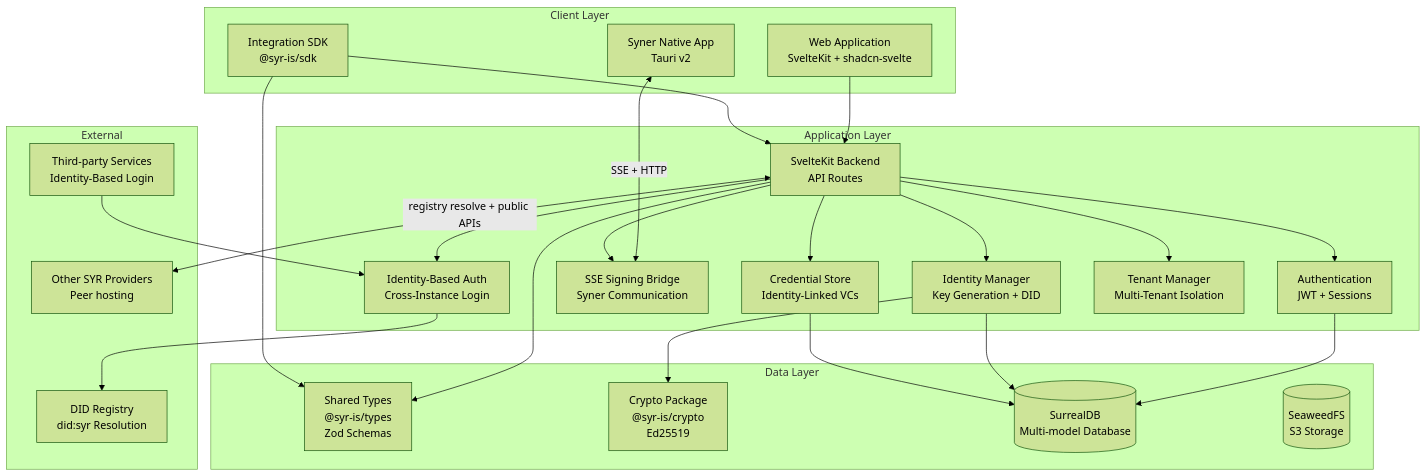
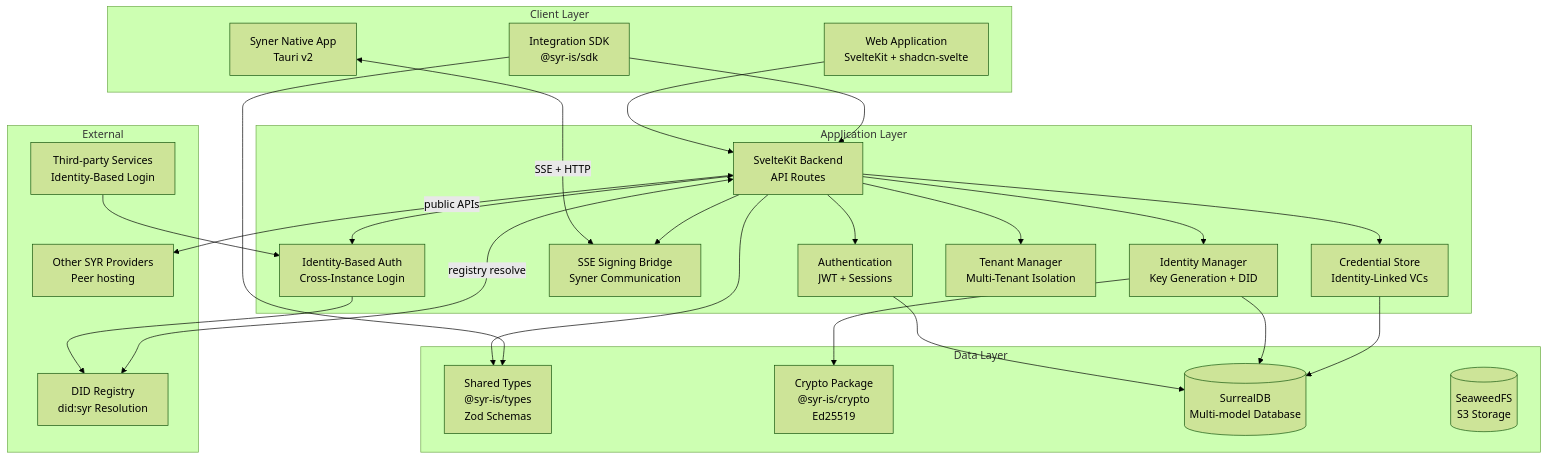
Before and after one commit to syr-is/syr: the first of 17 diagrams in Architecture.md, drawn with Mermaid (forest theme). The commit also changed other lines of this file and 6 other files, not shown here.

````diff
--- a/Architecture.md
+++ b/Architecture.md
@@ -16,53 +16,54 @@
 ```mermaid
 graph TB
     subgraph "Client Layer"
         Web[Web Application<br/>SvelteKit + shadcn-svelte]
         Syner[Syner Native App<br/>Tauri v2]
         SDK[Integration SDK<br/>@syr-is/sdk]
     end
 
     subgraph "Application Layer"
         API[SvelteKit Backend<br/>API Routes]
         Auth[Authentication<br/>JWT + Sessions]
         IDM[Identity Manager<br/>Key Generation + DID]
         SSEBridge[SSE Signing Bridge<br/>Syner Communication]
         VC[Credential Store<br/>Identity-Linked VCs]
         IDA[Identity-Based Auth<br/>Cross-Instance Login]
         TM[Tenant Manager<br/>Multi-Tenant Isolation]
     end
 
     subgraph "Data Layer"
         Types[Shared Types<br/>@syr-is/types<br/>Zod Schemas]
         Crypto[Crypto Package<br/>@syr-is/crypto<br/>Ed25519]
         DB[(SurrealDB<br/>Multi-model Database)]
         S3[(SeaweedFS<br/>S3 Storage)]
     end
 
     subgraph "External"
         SYR2[Other SYR Providers<br/>Peer hosting]
         Services[Third-party Services<br/>Identity-Based Login]
         Registry[DID Registry<br/>did:syr Resolution]
     end
 
     Web --> API
     Syner <-->|"SSE + HTTP"| SSEBridge
     SDK --> API
     API --> Auth
     API --> IDM
     API --> SSEBridge
     API --> VC
     API --> IDA
     API --> TM
 
     Auth --> DB
     IDM --> DB
     IDM --> Crypto
     VC --> DB
     IDA --> Registry
 
     API --> Types
     SDK --> Types
 
-    API <-->|"registry resolve + public APIs"| SYR2
+    API <-->|"registry resolve"| Registry
+    API <-->|"public APIs"| SYR2
     Services --> IDA
 ```
````
